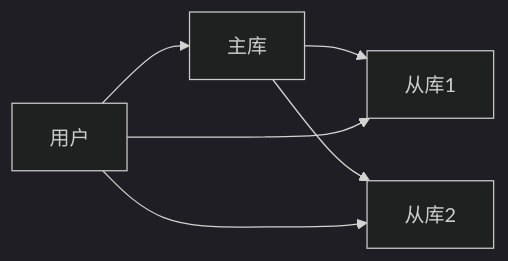
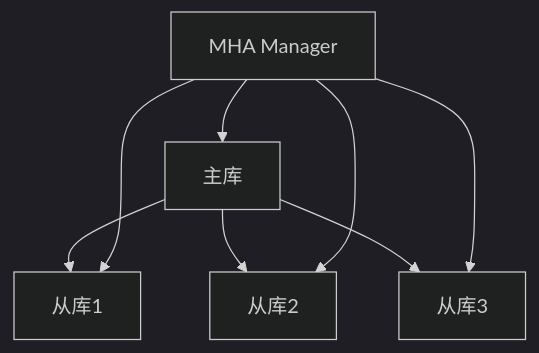
Before and after one commit to AdaMartin18010/Data-Science: the eighth of 12 diagrams in Analysis/1-数据库系统/1.2-MySQL/1.2.2-系统架构.md, drawn with Mermaid (dark theme). The commit also changed other lines of this file and 338 other files, not shown here.

````diff
--- a/Analysis/1-数据库系统/1.2-MySQL/1.2.2-系统架构.md
+++ b/Analysis/1-数据库系统/1.2-MySQL/1.2.2-系统架构.md
@@ -27,8 +815,11 @@
 ```mermaid
-flowchart LR
-  M[主库] --> S1[从库1]
-  M --> S2[从库2]
-  U[用户] --> M
-  U --> S1
-  U --> S2
+flowchart TD
+    M[主库] --> S1[从库1]
+    M --> S2[从库2]
+    M --> S3[从库3]
+
+    MHA[MHA Manager] --> M
+    MHA --> S1
+    MHA --> S2
+    MHA --> S3
 ```
````
